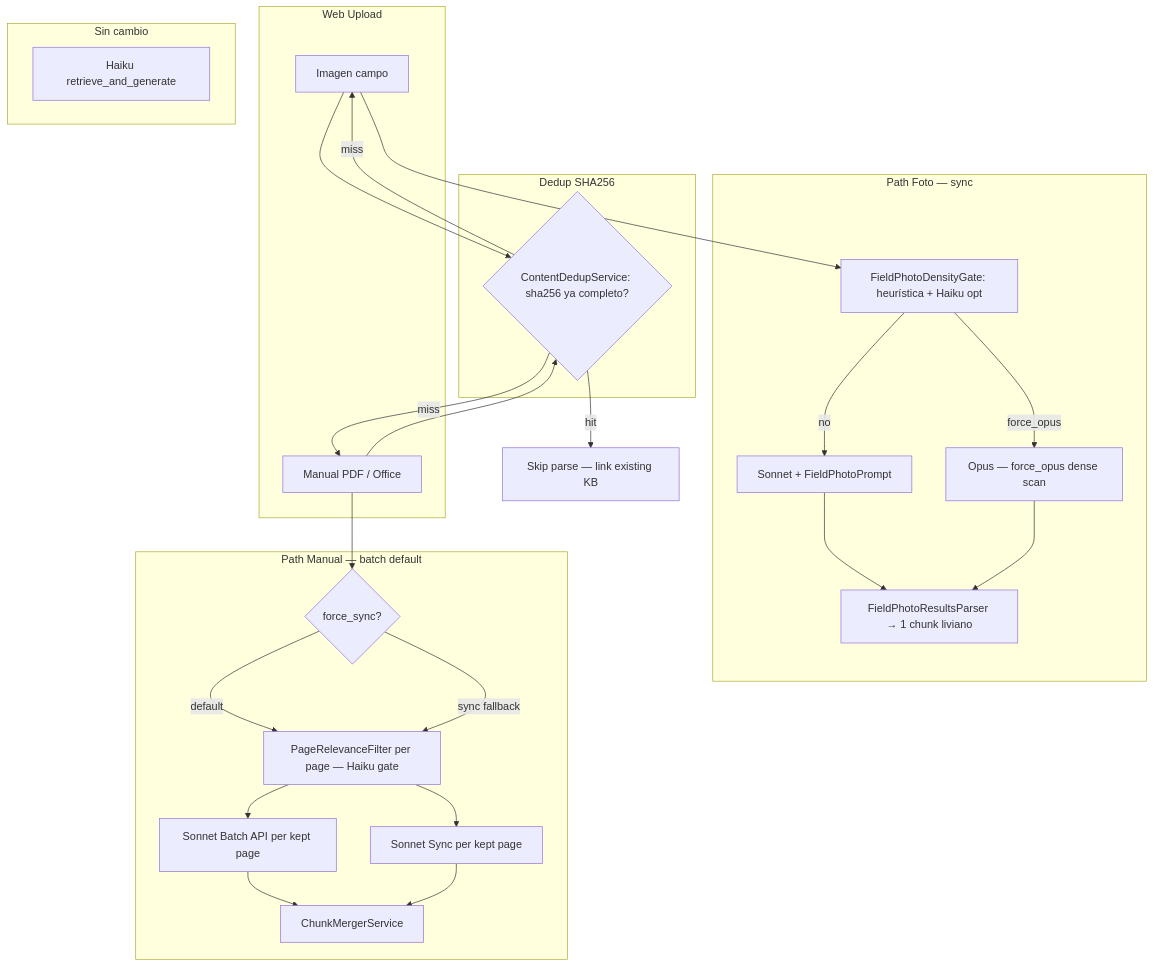
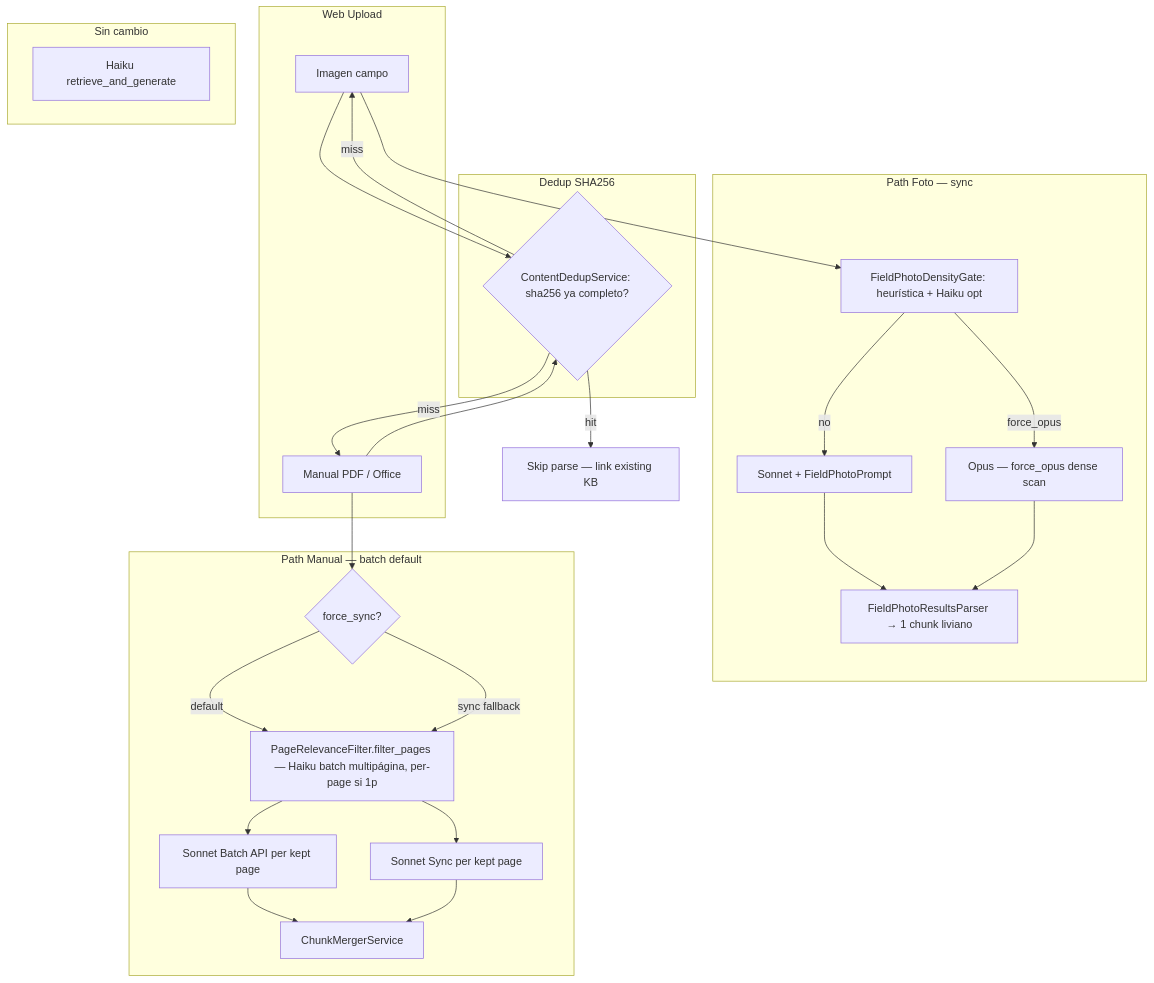
The diagram in docs/INGESTION_COST_V2.md (danebo-labs/smart_deal), drawn with Mermaid before and after one commit. The commit also changed other lines of this file and 10 other files, not shown here.

First line of the commit message:
feat(ingestion): unify PDF page filtering via PageRelevanceFilter.filter_pages

````diff
--- a/docs/INGESTION_COST_V2.md
+++ b/docs/INGESTION_COST_V2.md
@@ -34,46 +34,46 @@
 ```mermaid
 flowchart TB
   subgraph upload [Web Upload]
     Img[Imagen campo]
     Pdf[Manual PDF / Office]
   end
 
   subgraph dedup [Dedup SHA256]
     ShaCheck{ContentDedupService: sha256 ya completo?}
   end
 
   subgraph foto [Path Foto — sync]
     HaikuGate[FieldPhotoDensityGate: heurística + Haiku opt]
     SonnetFoto[Sonnet + FieldPhotoPrompt]
     OpusFoto[Opus — force_opus dense scan]
     FotoParser[FieldPhotoResultsParser → 1 chunk liviano]
   end
 
   subgraph manual [Path Manual — batch default]
     RouteBatch{force_sync?}
-    PageFilter[PageRelevanceFilter per page — Haiku gate]
+    PageFilter[PageRelevanceFilter.filter_pages — Haiku batch multipágina, per-page si 1p]
     BatchSonnet[Sonnet Batch API per kept page]
     SyncSonnet[Sonnet Sync per kept page]
     Merger[ChunkMergerService]
   end
 
   subgraph query [Sin cambio]
     HaikuRAG[Haiku retrieve_and_generate]
   end
 
   Img --> ShaCheck
   Pdf --> ShaCheck
   ShaCheck -->|hit| SkipParse[Skip parse — link existing KB]
   ShaCheck -->|miss| Img
   ShaCheck -->|miss| Pdf
 
   Img --> HaikuGate
   HaikuGate -->|no| SonnetFoto
   HaikuGate -->|force_opus| OpusFoto
   SonnetFoto --> FotoParser
   OpusFoto --> FotoParser
 
   Pdf --> RouteBatch
   RouteBatch -->|default| PageFilter --> BatchSonnet --> Merger
   RouteBatch -->|sync fallback| PageFilter --> SyncSonnet --> Merger
 ```
````
